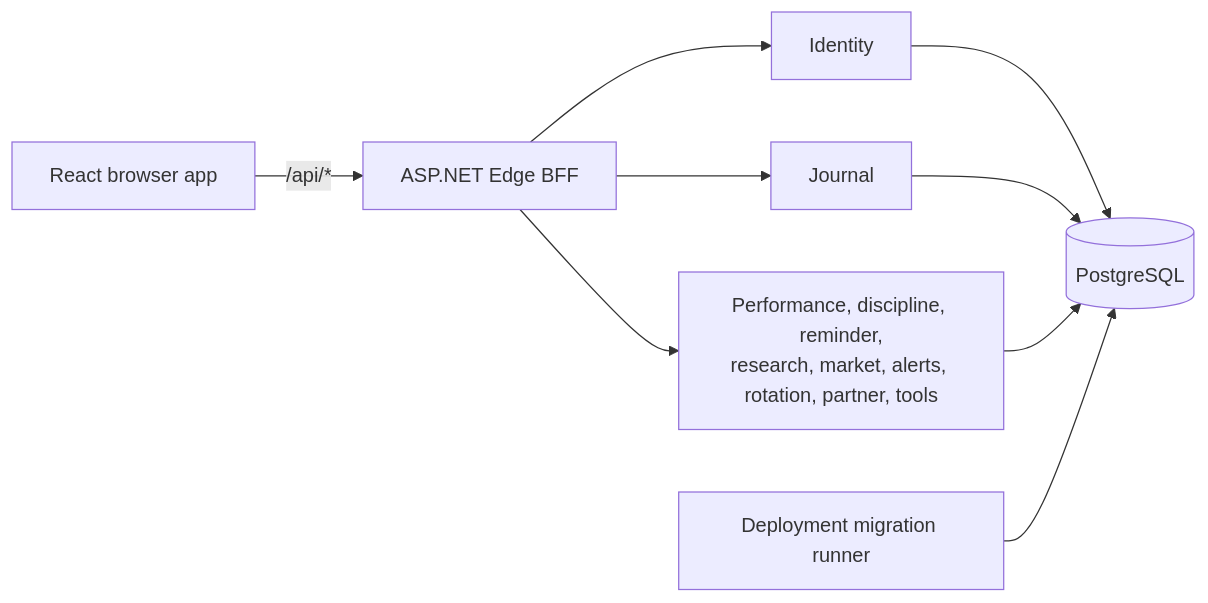
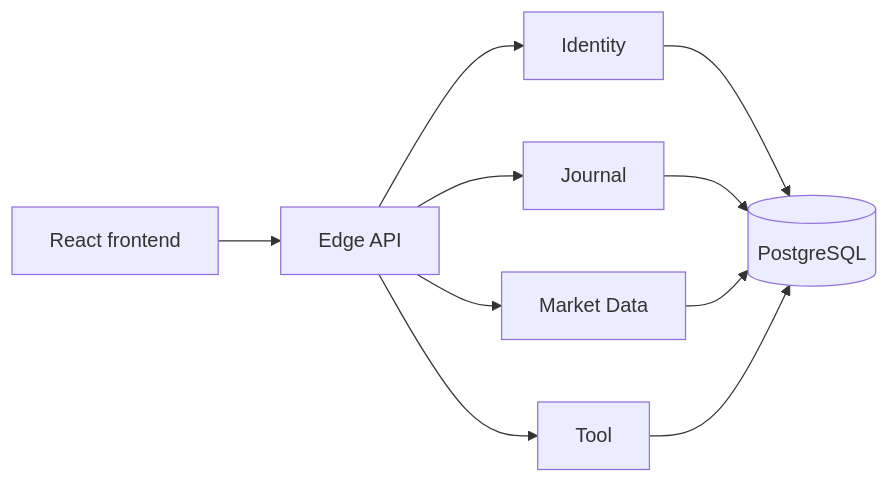
The diagram in README.md (etklam/micro-cockpit), drawn with Mermaid before and after one commit. The commit also changed other lines of this file and 305 other files, not shown here.

````diff
--- a/README.md
+++ b/README.md
@@ -7,12 +17,12 @@
 ```mermaid
 flowchart LR
-    Browser[React browser app] -->|/api/*| Edge[ASP.NET Edge BFF]
-    Edge --> Identity[Identity]
-    Edge --> Journal[Journal]
-    Edge --> Product[Performance, discipline, reminder,
-research, market, alerts, rotation, partner, tools]
+    Browser[React frontend] --> Edge[Edge API]
+    Edge --> Identity
+    Edge --> Journal
+    Edge --> Market[Market Data]
+    Edge --> Tool
     Identity --> DB[(PostgreSQL)]
     Journal --> DB
-    Product --> DB
-    Migrator[Deployment migration runner] --> DB
+    Market --> DB
+    Tool --> DB
 ```
````
